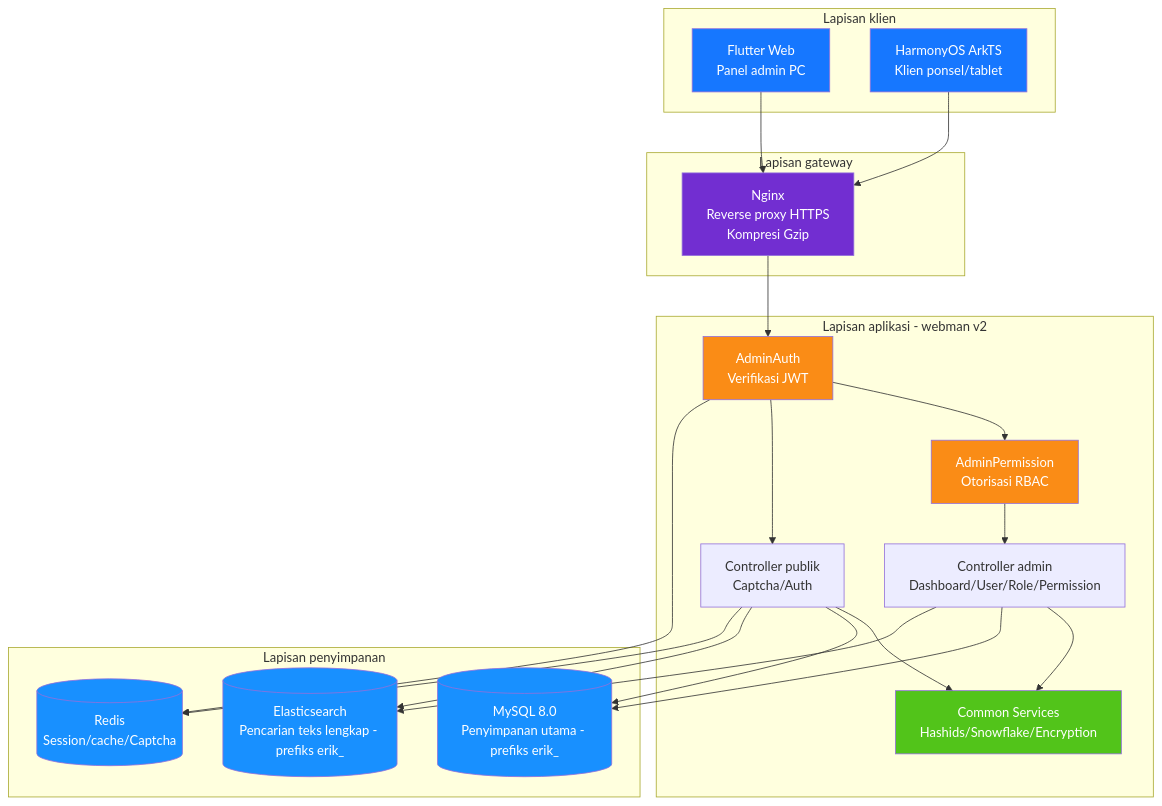
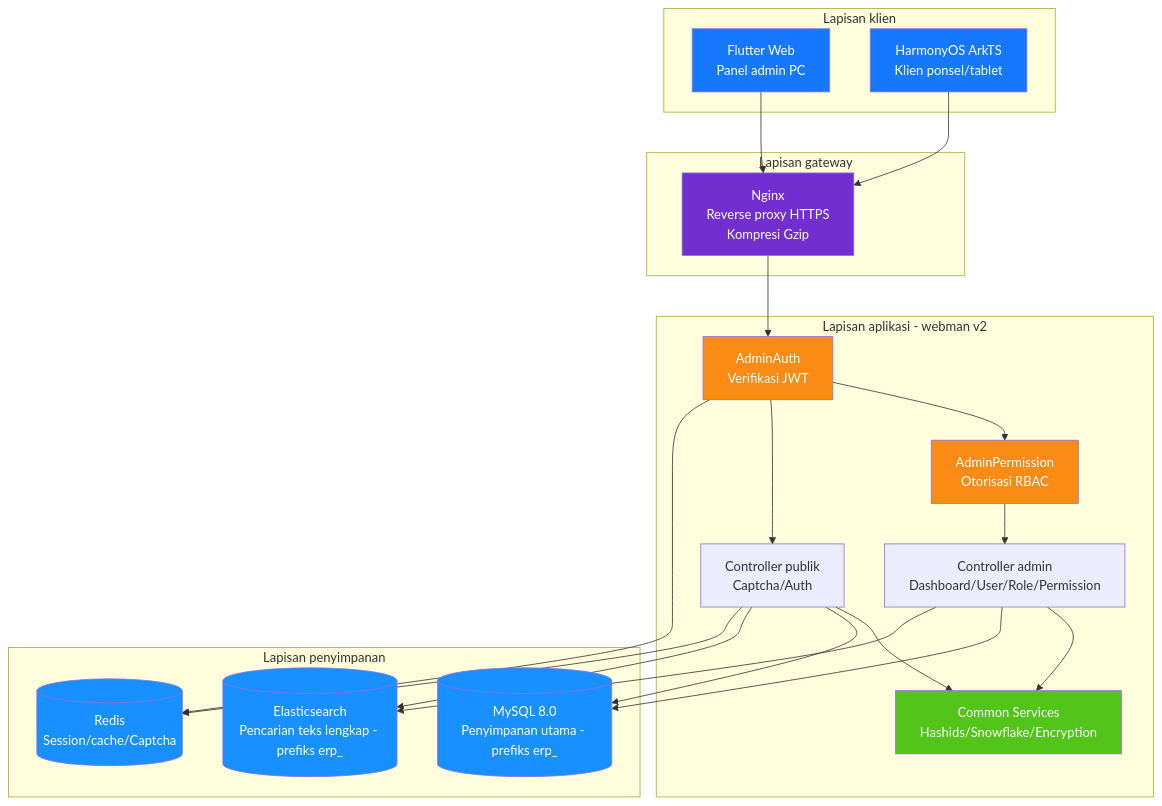
Before and after one commit to erikwang2013/erp-php: the diagram in docs/i18n/id/diagrams/01-system-architecture.md, drawn with Mermaid. The commit also changed 449 other files, not shown here.

First line of the commit message:
全局命名统一：数据库 erp、表前缀 erp_、Redis 前缀 erp:（原 erik_/open_admin）

````diff
--- a/docs/i18n/id/diagrams/01-system-architecture.md
+++ b/docs/i18n/id/diagrams/01-system-architecture.md
@@ -3,50 +3,50 @@
 ```mermaid
 flowchart TB
     subgraph clients["Lapisan klien"]
         flutter["Flutter Web<br/>Panel admin PC"]
         harmony["HarmonyOS ArkTS<br/>Klien ponsel/tablet"]
     end
 
     subgraph gateway["Lapisan gateway"]
         nginx["Nginx<br/>Reverse proxy HTTPS<br/>Kompresi Gzip"]
     end
 
     subgraph app["Lapisan aplikasi - webman v2"]
         auth["AdminAuth<br/>Verifikasi JWT"]
         perm["AdminPermission<br/>Otorisasi RBAC"]
         admin["Controller admin<br/>Dashboard/User/Role/Permission"]
         public["Controller publik<br/>Captcha/Auth"]
         common["Common Services<br/>Hashids/Snowflake/Encryption"]
     end
 
     subgraph storage["Lapisan penyimpanan"]
-        mysql[("MySQL 8.0<br/>Penyimpanan utama - prefiks erik_")]
-        es[("Elasticsearch<br/>Pencarian teks lengkap - prefiks erik_")]
+        mysql[("MySQL 8.0<br/>Penyimpanan utama - prefiks erp_")]
+        es[("Elasticsearch<br/>Pencarian teks lengkap - prefiks erp_")]
         redis[("Redis<br/>Session/cache/Captcha")]
     end
 
     flutter --> nginx
     harmony --> nginx
     nginx --> auth
     auth --> perm
     perm --> admin
     auth --> public
     admin --> common
     public --> common
     admin --> mysql
     public --> mysql
     admin --> es
     public --> es
     auth --> redis
     public --> redis
 
     style flutter fill:#1677FF,color:#fff
     style harmony fill:#1677FF,color:#fff
     style nginx fill:#722ED1,color:#fff
     style auth fill:#FA8C16,color:#fff
     style perm fill:#FA8C16,color:#fff
     style common fill:#52C41A,color:#fff
     style mysql fill:#1890FF,color:#fff
     style es fill:#1890FF,color:#fff
     style redis fill:#1890FF,color:#fff
 ```
````
